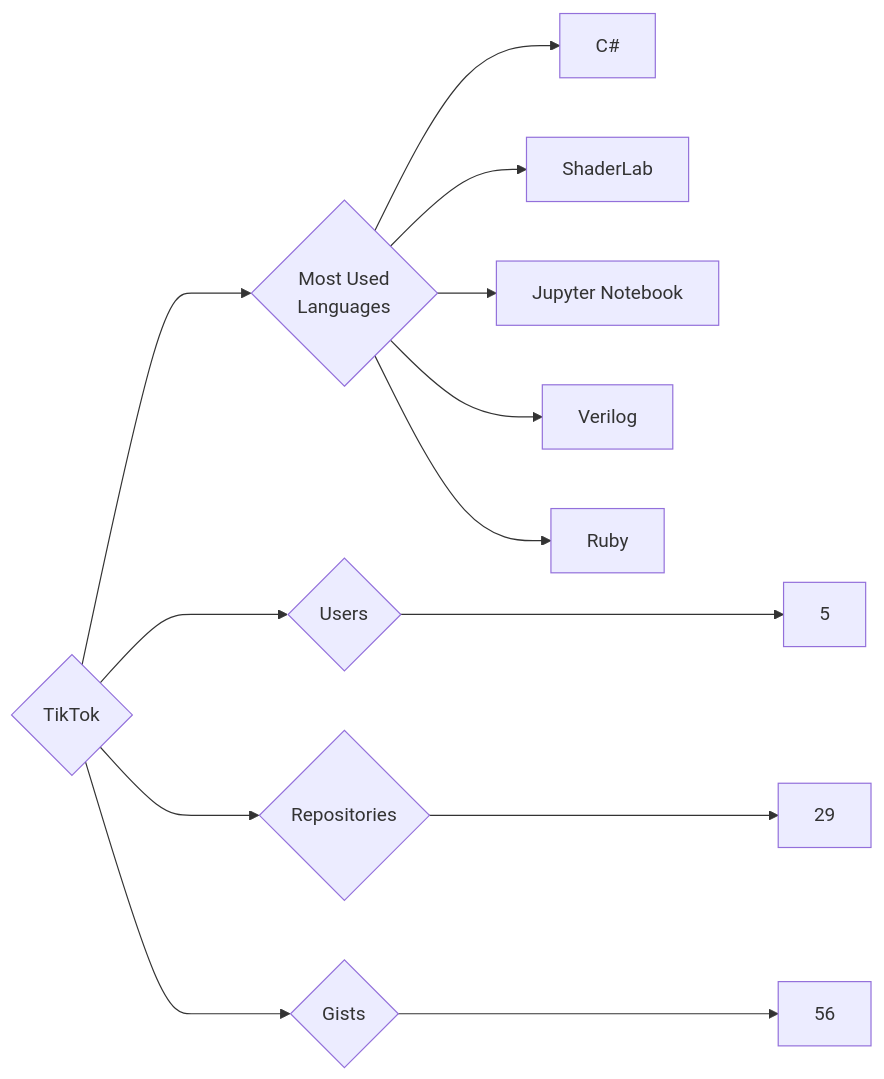
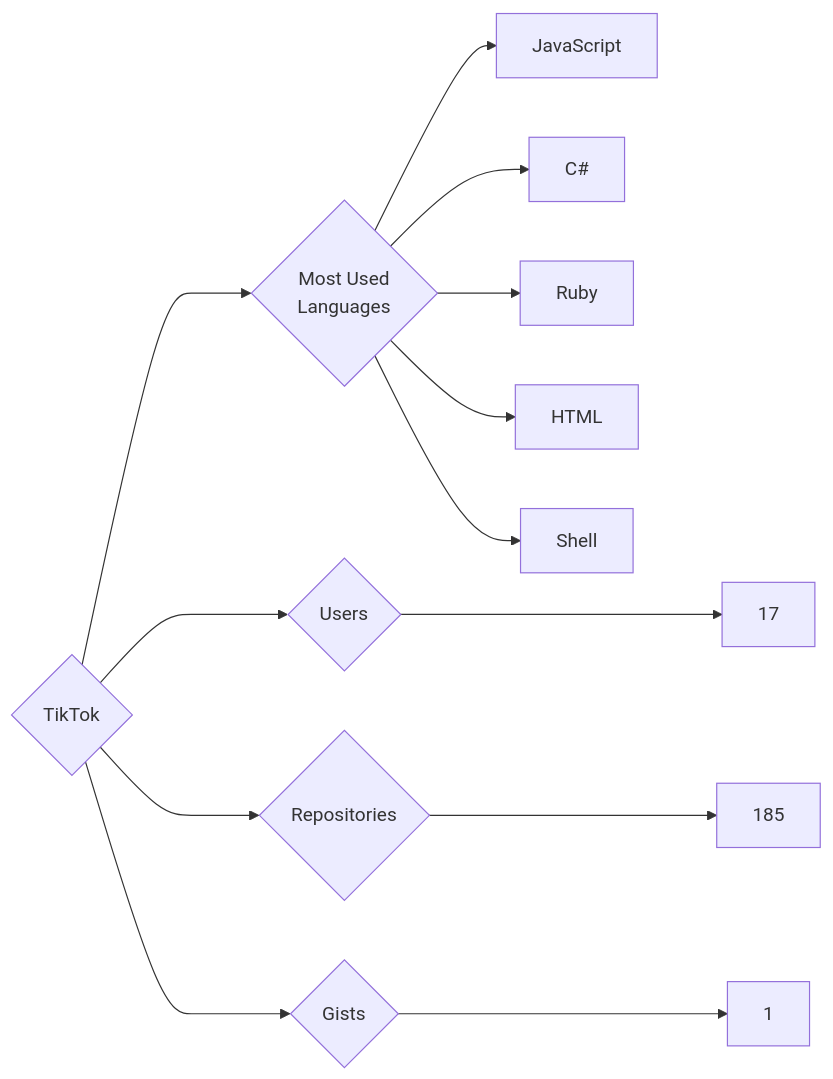
The diagram in targets/TikTok/README.md (trickest/insiders), drawn with Mermaid before and after one commit. The commit also changed 912 other files, not shown here.

````diff
--- a/targets/TikTok/README.md
+++ b/targets/TikTok/README.md
@@ -3,13 +3,13 @@
 ```mermaid
 graph LR
 COMPANY_NAME{TikTok}
-COMPANY_NAME ---> U{Users} ---> UN[5]
-COMPANY_NAME ---> R{Repositories} ---> RN[29]
-COMPANY_NAME ---> G{Gists} ---> GN[56]
+COMPANY_NAME ---> U{Users} ---> UN[17]
+COMPANY_NAME ---> R{Repositories} ---> RN[185]
+COMPANY_NAME ---> G{Gists} ---> GN[1]
 COMPANY_NAME ---> ML{Most Used<br>Languages}
+ML --> JavaScript[JavaScript]
 ML --> C#[C#]
-ML --> ShaderLab[ShaderLab]
-ML --> Jupyter_Notebook[Jupyter Notebook]
-ML --> Verilog[Verilog]
 ML --> Ruby[Ruby]
+ML --> HTML[HTML]
+ML --> Shell[Shell]
 ```
````
